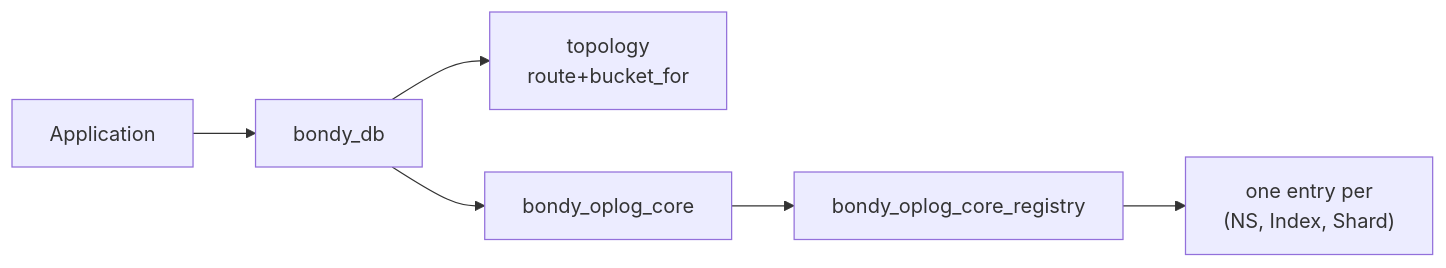
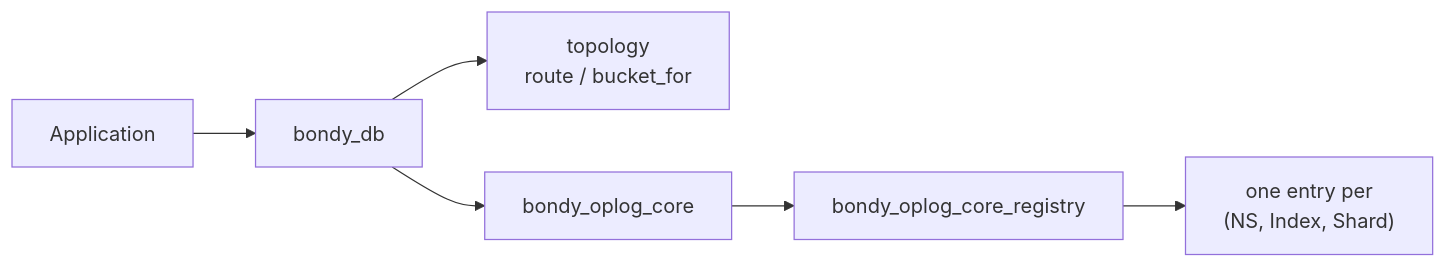
Before and after one commit to bondy-io/bondy: the seventh of 7 diagrams in apps/bondy_db/doc_extras/architecture/03_bondy_db.md, drawn with Mermaid. The commit also changed other lines of this file and 449 other files, not shown here.

````diff
--- a/apps/bondy_db/doc_extras/architecture/03_bondy_db.md
+++ b/apps/bondy_db/doc_extras/architecture/03_bondy_db.md
@@ -561,8 +480,8 @@
 ```mermaid
 flowchart LR
     APP[Application] --> FACADE[bondy_db]
-    FACADE --> TOPO["topology<br/>route+bucket_for"]
+    FACADE --> TOPO["topology<br/>route / bucket_for"]
     FACADE --> CORE[bondy_oplog_core]
     CORE   --> REG[bondy_oplog_core_registry]
     REG    --> SHARDS["one entry per<br/>(NS, Index, Shard)"]
 ```
````
